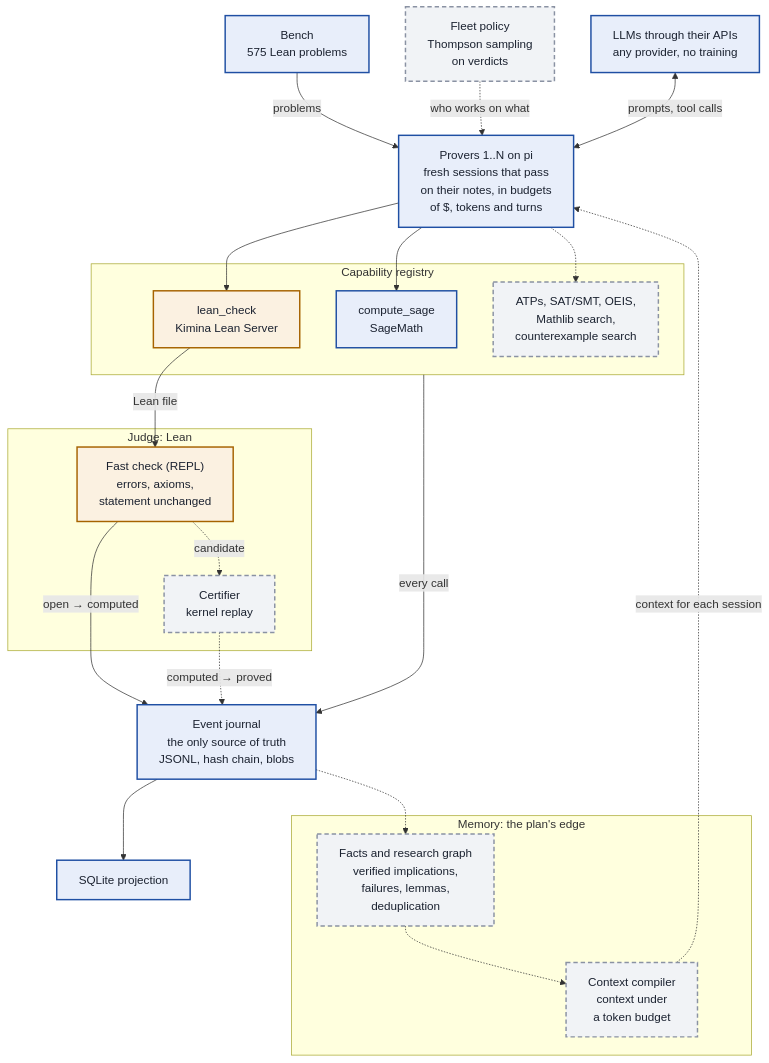
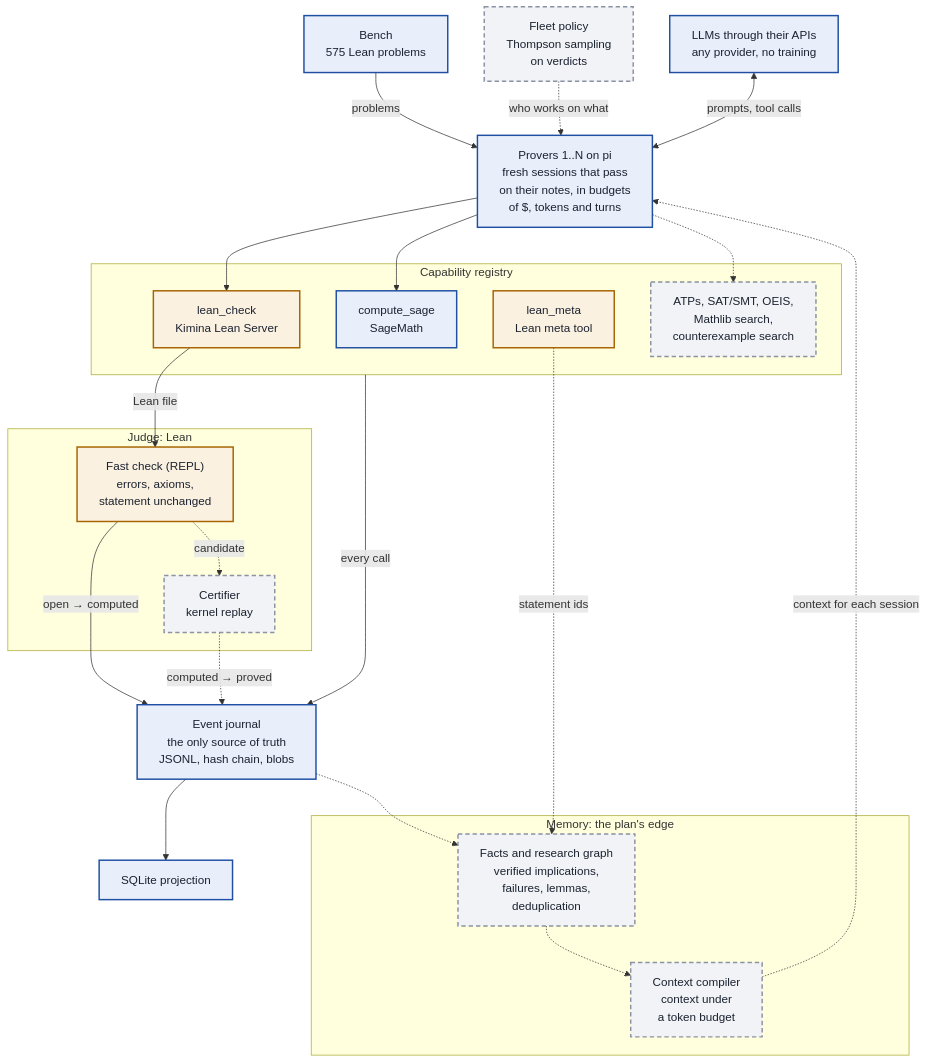
Before and after one commit to Kdevos12/seshat: the diagram in README.md, drawn with Mermaid. The commit also changed 27 other files, not shown here.

First line of the commit message:
Add the Lean meta tool: SeshatMeta, lean.meta and LeanIdentity

````diff
--- a/README.md
+++ b/README.md
@@ -17,45 +17,47 @@
 ```mermaid
 flowchart TB
   classDef built fill:#e8eefa,stroke:#1f4fa3,stroke-width:2px,color:#1b2230
   classDef wait fill:#fbf1e1,stroke:#a66300,stroke-width:2px,color:#1b2230
   classDef planned fill:#f1f3f6,stroke:#8a92a3,stroke-width:2px,stroke-dasharray:6 4,color:#1b2230
 
   bench["Bench<br/>575 Lean problems"]:::built
   fleet["Fleet policy<br/>Thompson sampling<br/>on verdicts"]:::planned
   llm["LLMs through their APIs<br/>any provider, no training"]:::built
   provers["Provers 1..N on pi<br/>fresh sessions that pass<br/>on their notes, in budgets<br/>of $, tokens and turns"]:::built
 
   subgraph TOOLS["Capability registry"]
     leancheck["lean_check<br/>Kimina Lean Server"]:::wait
     sage["compute_sage<br/>SageMath"]:::built
+    leanmeta["lean_meta<br/>Lean meta tool"]:::wait
     moretools["ATPs, SAT/SMT, OEIS,<br/>Mathlib search,<br/>counterexample search"]:::planned
   end
 
   subgraph JUDGE["Judge: Lean"]
     fast["Fast check (REPL)<br/>errors, axioms,<br/>statement unchanged"]:::wait
     certifier["Certifier<br/>kernel replay"]:::planned
   end
 
   journal["Event journal<br/>the only source of truth<br/>JSONL, hash chain, blobs"]:::built
   projection["SQLite projection"]:::built
 
   subgraph MEMORY["Memory: the plan's edge"]
     kg["Facts and research graph<br/>verified implications,<br/>failures, lemmas,<br/>deduplication"]:::planned
     compiler["Context compiler<br/>context under<br/>a token budget"]:::planned
   end
 
   bench -->|problems| provers
   fleet -.->|"who works on what"| provers
   llm <-->|"prompts, tool calls"| provers
   provers --> leancheck & sage
   provers -.-> moretools
+  leanmeta -.->|"statement ids"| kg
   leancheck -->|Lean file| fast
   fast -->|"open → computed"| journal
   fast -.->|candidate| certifier
   certifier -.->|"computed → proved"| journal
   TOOLS -->|"every call"| journal
   journal --> projection
   journal -.-> kg
   kg -.-> compiler
   compiler -.->|"context for each session"| provers
 ```
````
